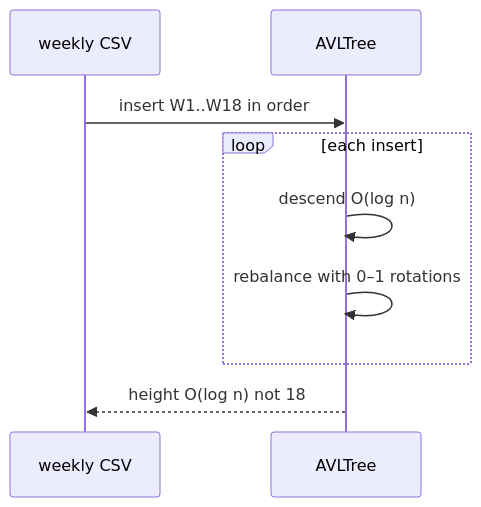
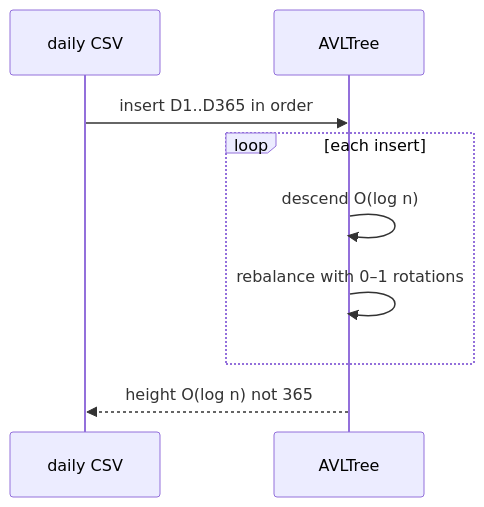
Before and after one commit to qgjones9/python-programming-guide: the fourth of 5 diagrams in docs/dsa/data-structures/avl-tree/index.md, drawn with Mermaid. The commit also changed other lines of this file and 29 other files, not shown here.

````diff
--- a/docs/dsa/data-structures/avl-tree/index.md
+++ b/docs/dsa/data-structures/avl-tree/index.md
@@ -377,11 +376,11 @@
 ```mermaid
 sequenceDiagram
-  participant Feed as weekly CSV
+  participant Feed as daily CSV
   participant AVL as AVLTree
-  Feed->>AVL: insert W1..W18 in order
+  Feed->>AVL: insert D1..D365 in order
   loop each insert
     AVL->>AVL: descend O(log n)
     AVL->>AVL: rebalance with 0–1 rotations
   end
-  AVL-->>Feed: height O(log n) not 18
+  AVL-->>Feed: height O(log n) not 365
 ```
````
